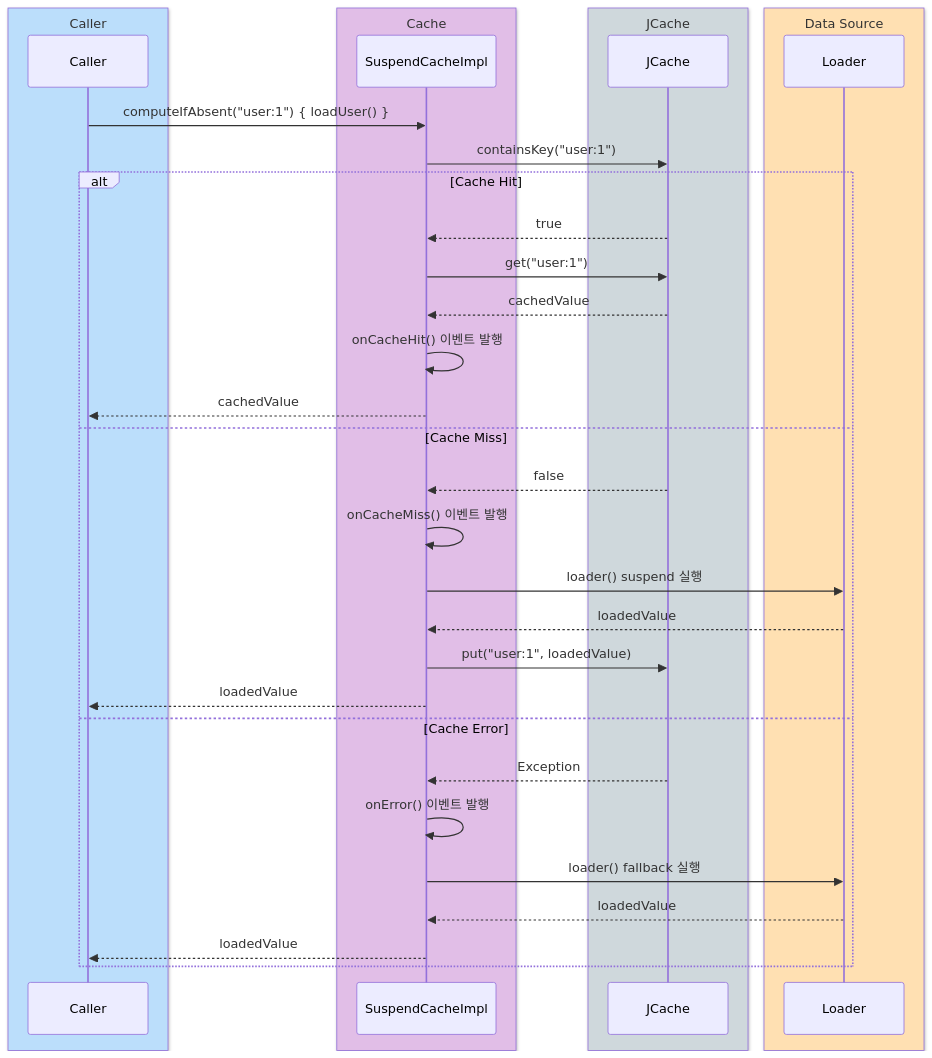
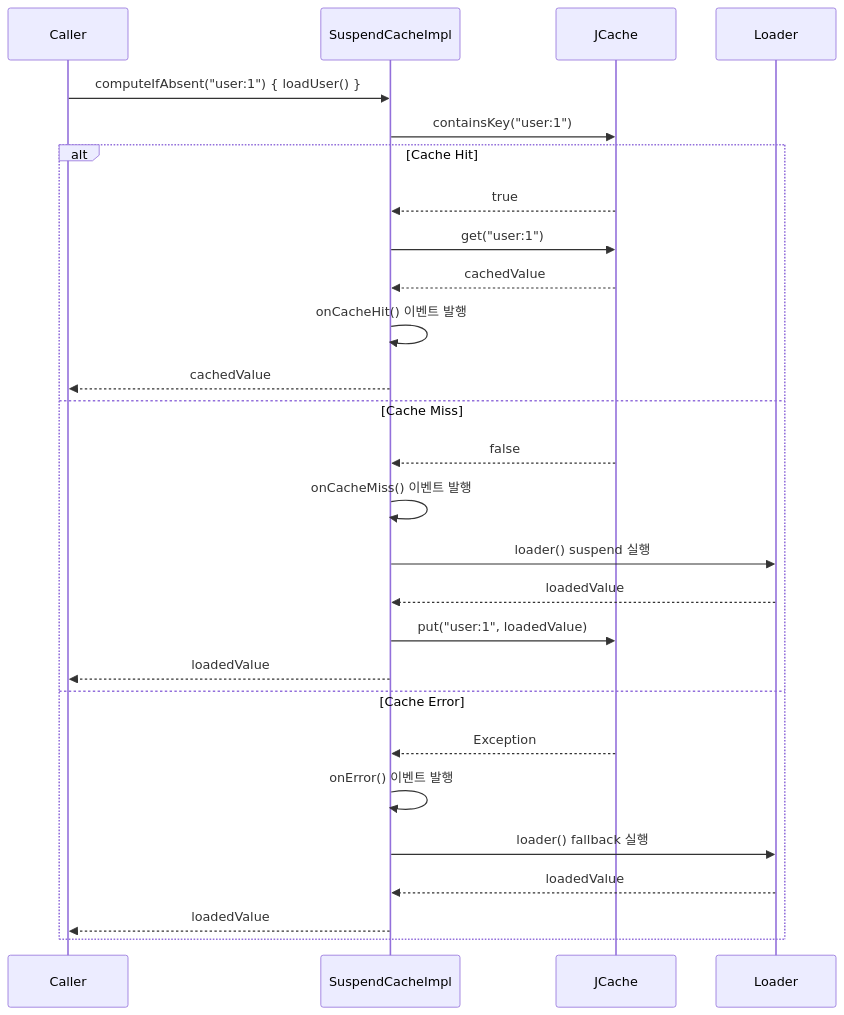
One commit to bluetape4k/bluetape4k-projects changed the third of 3 diagrams in infra/resilience4j/README.ko.md. Above: the diagram before and after it, drawn with Mermaid. The commit also changed other lines of this file and 219 other files, not shown here.

First line of the commit message:
docs: 전체 README Mermaid 다이어그램 가이드 적용

````diff
--- a/infra/resilience4j/README.ko.md
+++ b/infra/resilience4j/README.ko.md
@@ -147,38 +143,31 @@
 ```mermaid
 sequenceDiagram
-    box rgb(187,222,251) Caller
     participant Caller
-    end
-    box rgb(225,190,231) Cache
     participant SuspendCacheImpl
-    end
-    box rgb(207,216,220) JCache
     participant JCache
-    end
-    box rgb(255,224,178) Data Source
     participant Loader
-    end
+
     Caller ->> SuspendCacheImpl: computeIfAbsent("user:1") { loadUser() }
     SuspendCacheImpl ->> JCache: containsKey("user:1")
 
     alt Cache Hit
         JCache -->> SuspendCacheImpl: true
         SuspendCacheImpl ->> JCache: get("user:1")
         JCache -->> SuspendCacheImpl: cachedValue
         SuspendCacheImpl ->> SuspendCacheImpl: onCacheHit() 이벤트 발행
         SuspendCacheImpl -->> Caller: cachedValue
     else Cache Miss
         JCache -->> SuspendCacheImpl: false
         SuspendCacheImpl ->> SuspendCacheImpl: onCacheMiss() 이벤트 발행
         SuspendCacheImpl ->> Loader: loader() suspend 실행
         Loader -->> SuspendCacheImpl: loadedValue
         SuspendCacheImpl ->> JCache: put("user:1", loadedValue)
         SuspendCacheImpl -->> Caller: loadedValue
     else Cache Error
         JCache -->> SuspendCacheImpl: Exception
         SuspendCacheImpl ->> SuspendCacheImpl: onError() 이벤트 발행
         SuspendCacheImpl ->> Loader: loader() fallback 실행
         Loader -->> SuspendCacheImpl: loadedValue
         SuspendCacheImpl -->> Caller: loadedValue
     end
 ```
````
